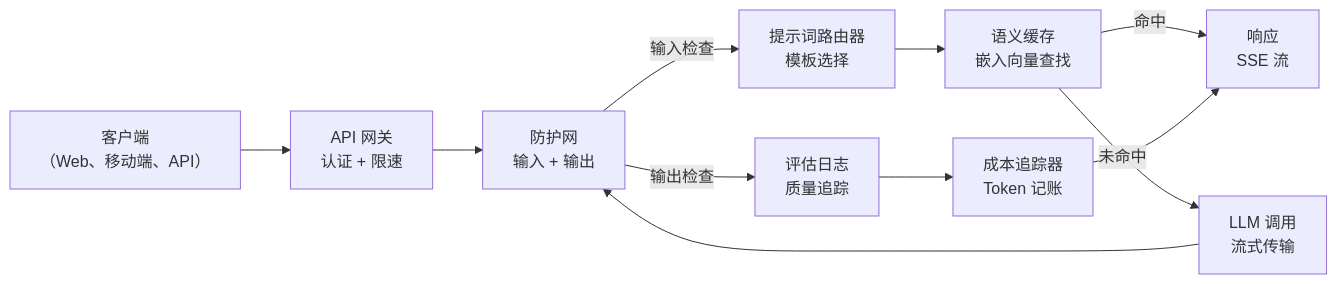
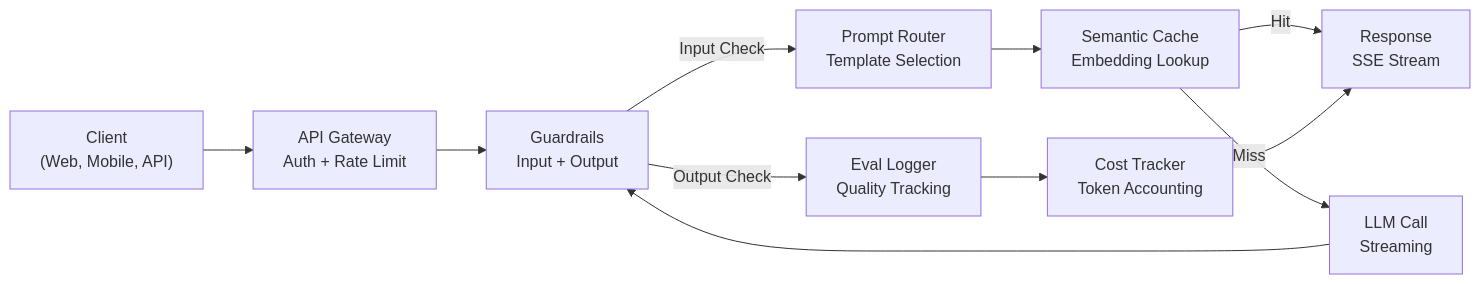
One commit to xiaojiaenen/ai-engineering-from-scratch-zh changed the first of 3 diagrams in i18n/zh/phases/11-llm-engineering/13-production-app/docs/zh.md. Above: the diagram before and after it, drawn with Mermaid. The commit also changed other lines of this file and 17 other files, not shown here.

````diff
--- a/i18n/zh/phases/11-llm-engineering/13-production-app/docs/zh.md
+++ b/i18n/zh/phases/11-llm-engineering/13-production-app/docs/zh.md
@@ -41,21 +41,21 @@
 ```mermaid
 graph LR
-    Client["客户端<br/>（Web、移动端、API）"]
-    GW["API 网关<br/>认证 + 限速"]
-    PR["提示词路由器<br/>模板选择"]
-    Cache["语义缓存<br/>嵌入向量查找"]
-    LLM["LLM 调用<br/>流式传输"]
-    Guard["防护网<br/>输入 + 输出"]
-    Eval["评估日志<br/>质量追踪"]
-    Cost["成本追踪器<br/>Token 记账"]
-    Resp["响应<br/>SSE 流"]
+    Client["Client<br/>(Web, Mobile, API)"]
+    GW["API Gateway<br/>Auth + Rate Limit"]
+    PR["Prompt Router<br/>Template Selection"]
+    Cache["Semantic Cache<br/>Embedding Lookup"]
+    LLM["LLM Call<br/>Streaming"]
+    Guard["Guardrails<br/>Input + Output"]
+    Eval["Eval Logger<br/>Quality Tracking"]
+    Cost["Cost Tracker<br/>Token Accounting"]
+    Resp["Response<br/>SSE Stream"]
 
     Client --> GW --> Guard
-    Guard -->|输入检查| PR
+    Guard -->|Input Check| PR
     PR --> Cache
-    Cache -->|命中| Resp
-    Cache -->|未命中| LLM
+    Cache -->|Hit| Resp
+    Cache -->|Miss| LLM
     LLM --> Guard
-    Guard -->|输出检查| Eval
+    Guard -->|Output Check| Eval
     Eval --> Cost --> Resp
 ```
````
